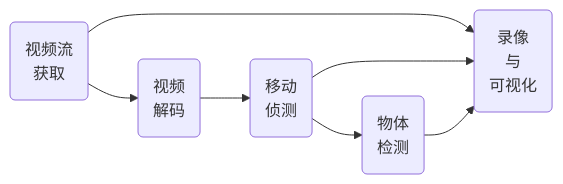
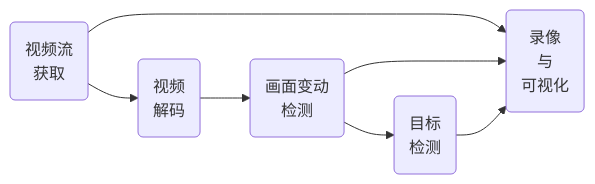
Before and after one commit to Frigate-CN/docs: the first of 2 diagrams in docs/frigate/video_pipeline.md, drawn with Mermaid. The commit also changed other lines of this file and 19 other files, not shown here.

````diff
--- a/docs/frigate/video_pipeline.md
+++ b/docs/frigate/video_pipeline.md
@@ -18,11 +14,11 @@
 ```mermaid
 %%{init: {"themeVariables": {"edgeLabelBackground": "transparent"}}}%%
 
 flowchart LR
     Feed(视频流<br>获取) --> Decode(视频<br>解码)
-    Decode --> Motion(移动<br>侦测)
-    Motion --> Object(物体<br>检测)
+    Decode --> Motion(画面变动<br>检测)
+    Motion --> Object(目标<br>检测)
     Feed --> Recording(录像<br>与<br>可视化)
     Motion --> Recording
     Object --> Recording
 ```
````
